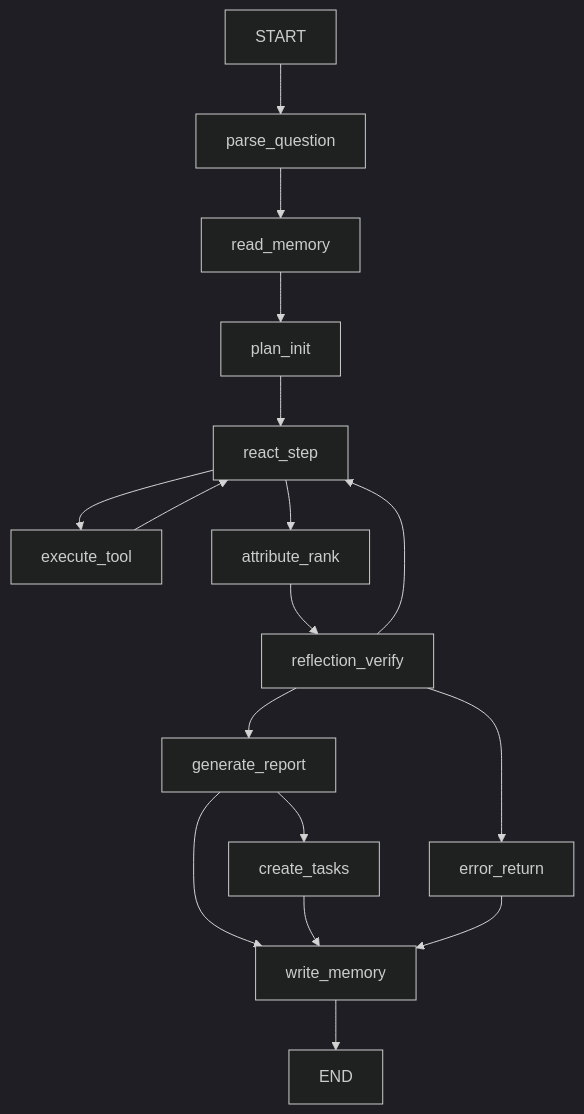
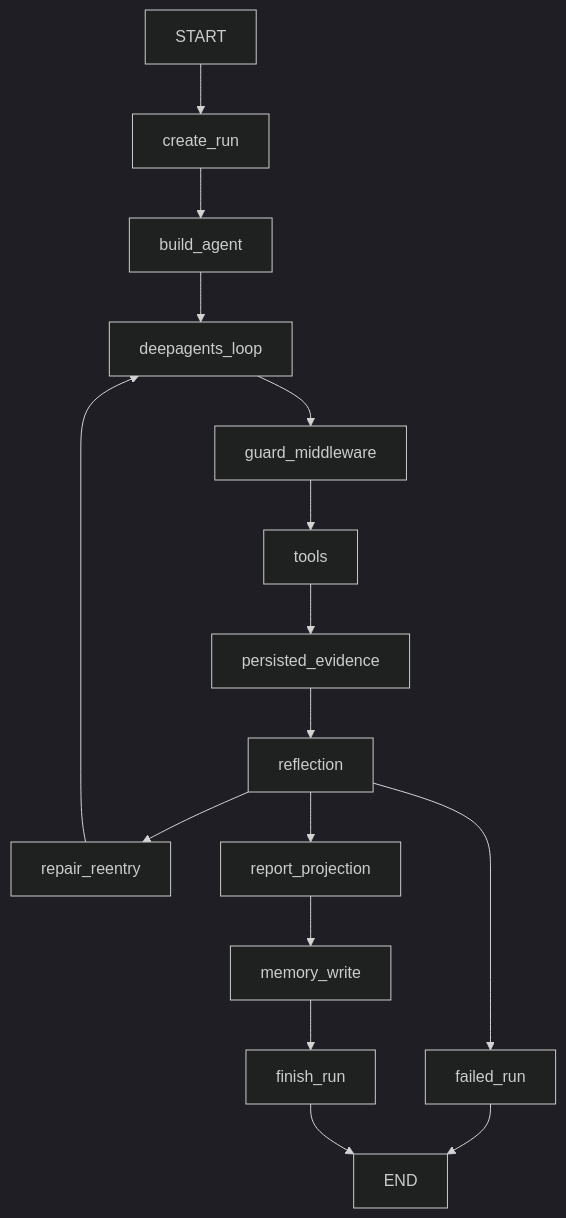
One commit to WOTMCCR/MetricRCA changed the second of 8 diagrams in docs/architecture.md. Above: the diagram before and after it, drawn with Mermaid (dark theme). The commit also changed other lines of this file and 8 other files, not shown here.

````diff
--- a/docs/architecture.md
+++ b/docs/architecture.md
@@ -25,19 +26,18 @@
 ```mermaid
 flowchart TD
-  START --> parse_question
-  parse_question --> read_memory
-  read_memory --> plan_init
-  plan_init --> react_step
-  react_step --> execute_tool
-  execute_tool --> react_step
-  react_step --> attribute_rank
-  attribute_rank --> reflection_verify
-  reflection_verify --> generate_report
-  reflection_verify --> react_step
-  reflection_verify --> error_return
-  generate_report --> create_tasks
-  generate_report --> write_memory
-  create_tasks --> write_memory
-  error_return --> write_memory
-  write_memory --> END
+  START --> create_run
+  create_run --> build_agent
+  build_agent --> deepagents_loop
+  deepagents_loop --> guard_middleware
+  guard_middleware --> tools
+  tools --> persisted_evidence
+  persisted_evidence --> reflection
+  reflection --> repair_reentry
+  repair_reentry --> deepagents_loop
+  reflection --> report_projection
+  report_projection --> memory_write
+  memory_write --> finish_run
+  reflection --> failed_run
+  failed_run --> END
+  finish_run --> END
 ```
````
